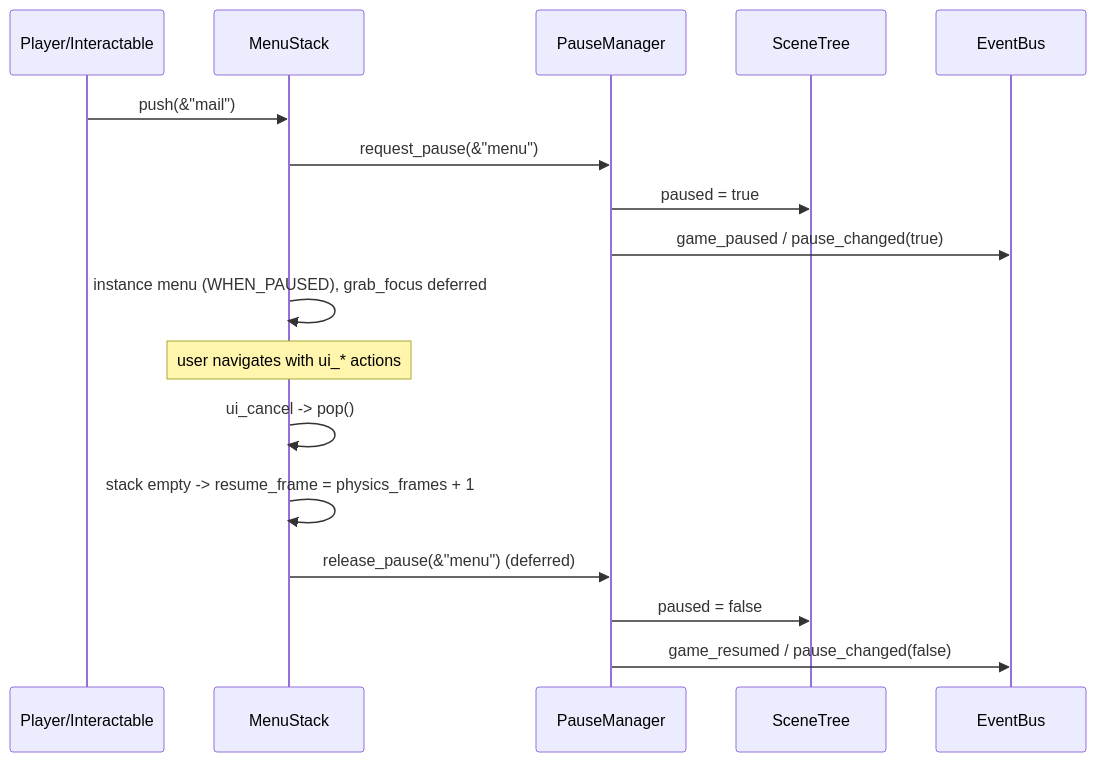
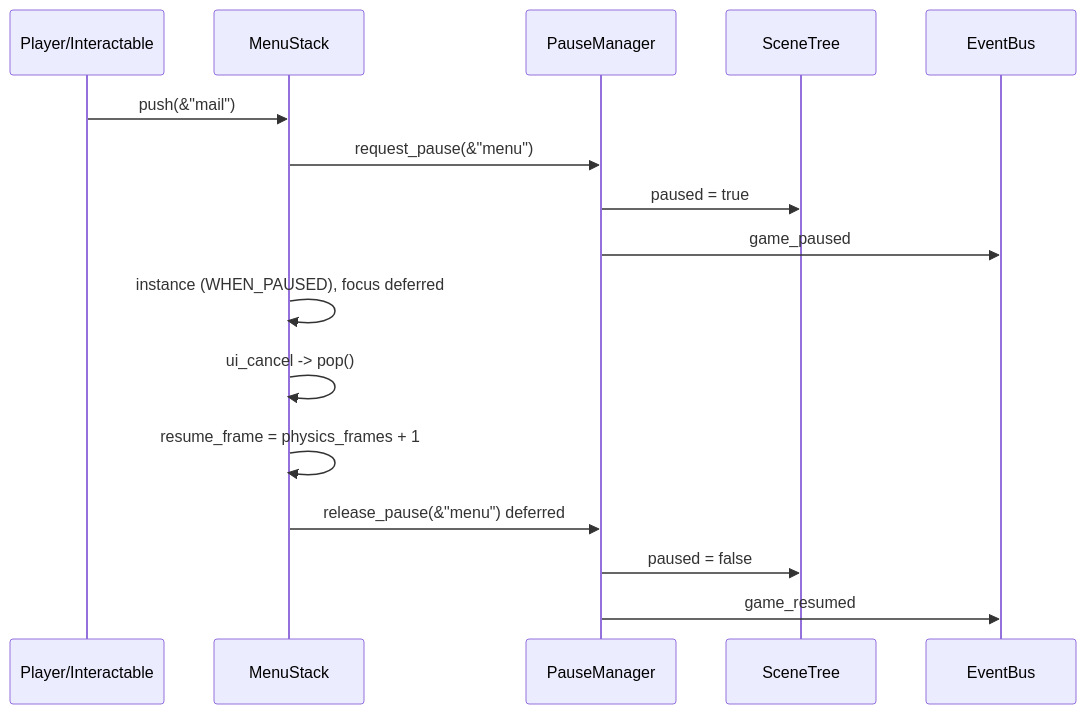
Before and after one commit to obamacka/gamesimpler: the sixth of 7 diagrams in _docs/specs/spec1.md, drawn with Mermaid. The commit also changed other lines of this file, not shown here.

````diff
--- a/_docs/specs/spec1.md
+++ b/_docs/specs/spec1.md
@@ -697,19 +881,18 @@
 ```mermaid
 sequenceDiagram
     participant P as Player/Interactable
     participant MS as MenuStack
     participant PM as PauseManager
     participant T as SceneTree
     participant EB as EventBus
     P->>MS: push(&"mail")
     MS->>PM: request_pause(&"menu")
     PM->>T: paused = true
-    PM->>EB: game_paused / pause_changed(true)
-    MS->>MS: instance menu (WHEN_PAUSED), grab_focus deferred
-    Note over MS: user navigates with ui_* actions
+    PM->>EB: game_paused
+    MS->>MS: instance (WHEN_PAUSED), focus deferred
     MS->>MS: ui_cancel -> pop()
-    MS->>MS: stack empty -> resume_frame = physics_frames + 1
-    MS->>PM: release_pause(&"menu") (deferred)
+    MS->>MS: resume_frame = physics_frames + 1
+    MS->>PM: release_pause(&"menu") deferred
     PM->>T: paused = false
-    PM->>EB: game_resumed / pause_changed(false)
+    PM->>EB: game_resumed
 ```
````
